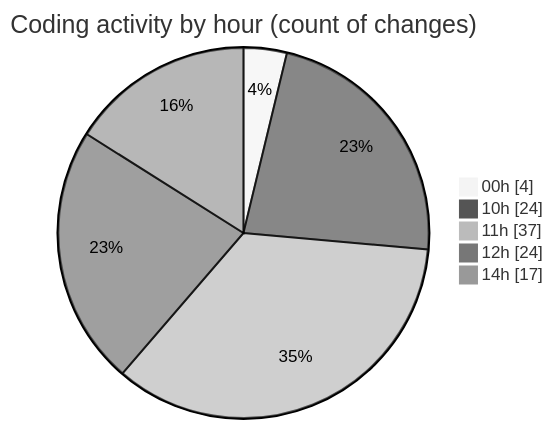
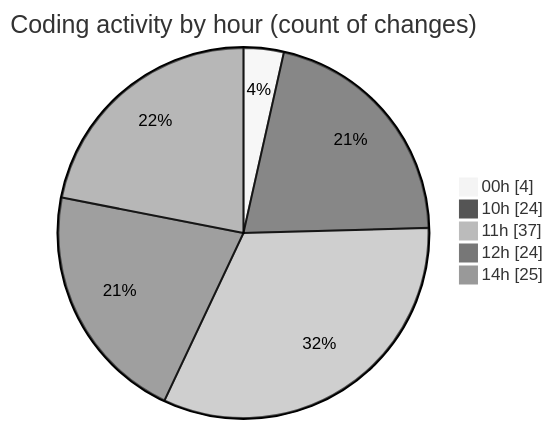
The second of 2 diagrams in 2025-04-04/back-end/README.md (Netris89/code-tracking), drawn with Mermaid (neutral theme) before and after one commit. The commit also changed other lines of this file and 1 other file, not shown here.

````diff
--- a/2025-04-04/back-end/README.md
+++ b/2025-04-04/back-end/README.md
@@ -44,9 +45,9 @@
 ```mermaid
 pie showData
 title Coding activity by hour (count of changes)
 "00h" : 4
 "10h" : 24
 "11h" : 37
 "12h" : 24
-"14h" : 17
+"14h" : 25
 ```
````
